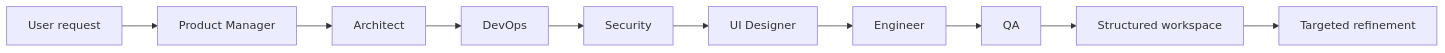
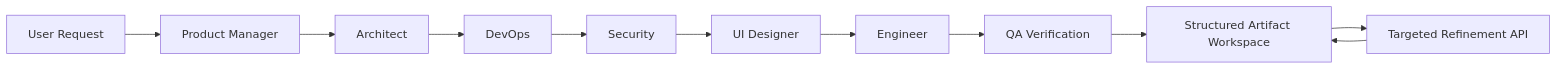
Before and after one commit to josephsenior/BluePrinta: the diagram in README.md, drawn with Mermaid. The commit also changed other lines of this file, not shown here.

````diff
--- a/README.md
+++ b/README.md
@@ -39,12 +119,13 @@
 ```mermaid
 graph LR
-    A[User request] --> B[Product Manager]
+    A[User Request] --> B[Product Manager]
     B --> C[Architect]
     C --> D[DevOps]
     D --> E[Security]
     E --> F[UI Designer]
     F --> G[Engineer]
-    G --> H[QA]
-    H --> I[Structured workspace]
-    I --> J[Targeted refinement]
+    G --> H[QA Verification]
+    H --> I[Structured Artifact Workspace]
+    I --> J[Targeted Refinement API]
+    J --> I
 ```
````
